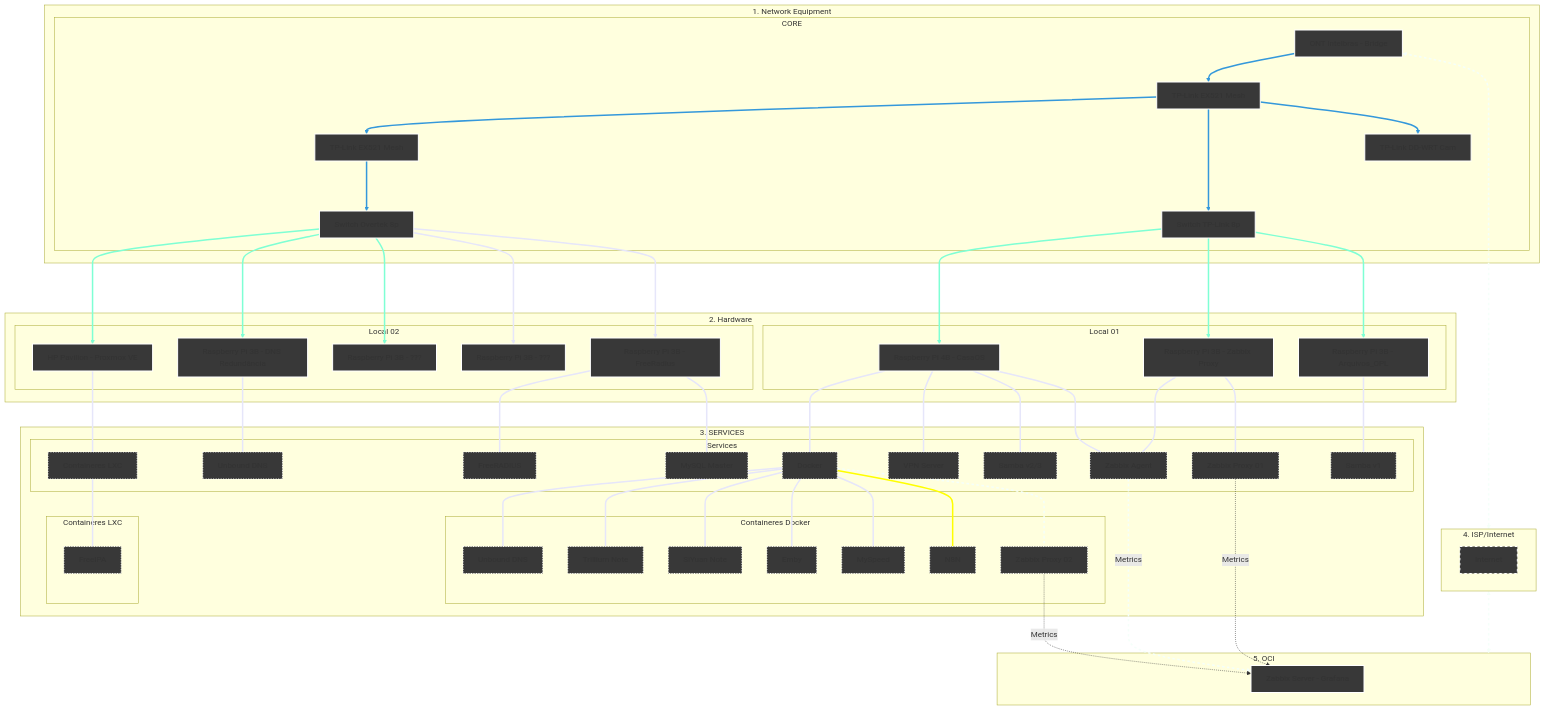
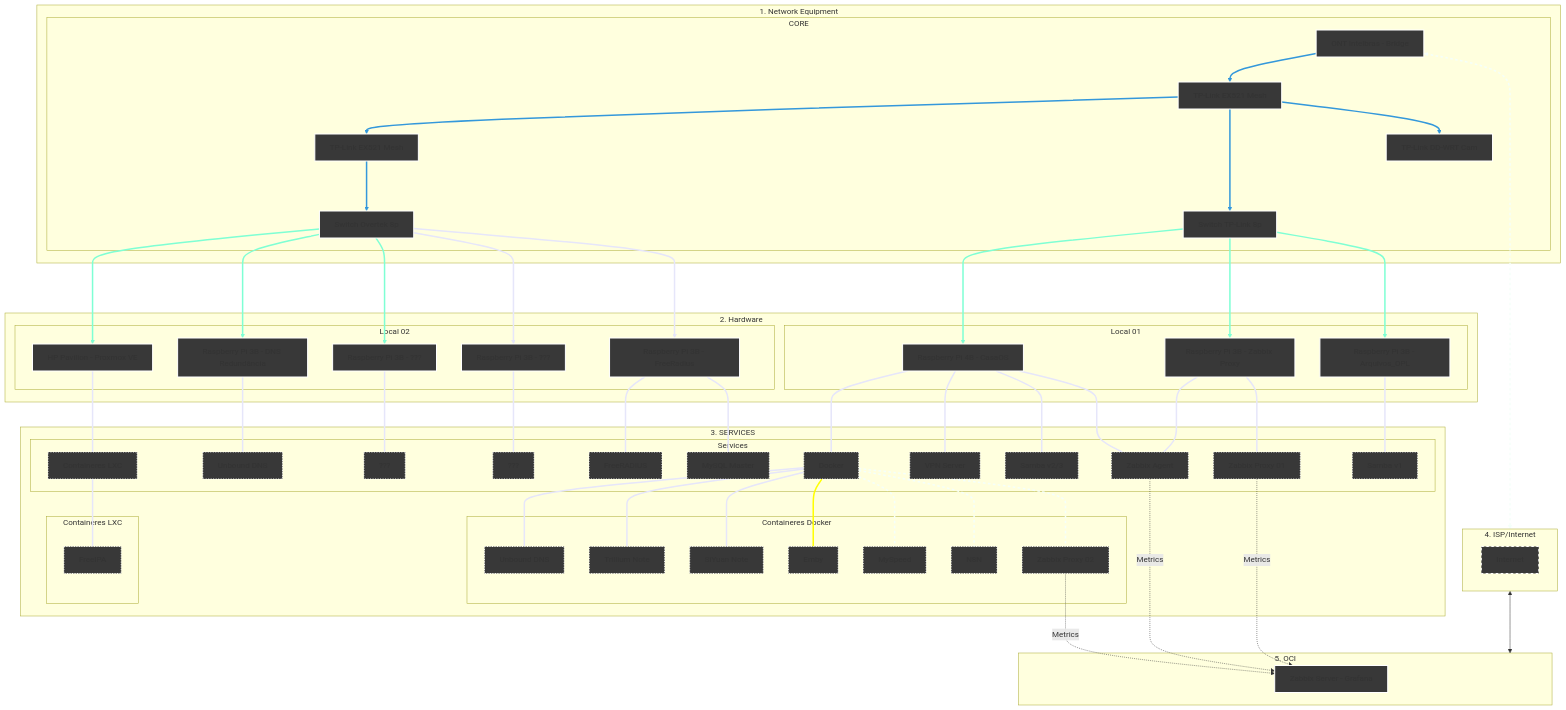
Before and after one commit to kevindexter22/Dr-Hardware-Autonet: the diagram in Infrastructure/README.md, drawn with Mermaid.

Commit message:
Add placeholders for unknown services in README

```diff
--- a/Infrastructure/README.md
+++ b/Infrastructure/README.md
@@ -51,6 +51,8 @@
     subgraph S4 [Services];
         HP --- PVE[Containeres LXC]:::services
         RPi3B_4 --- UNB2[Unbound DNS]:::services
+        RPi3B_5 --- 01[???]:::services
+        RPi3B_6 --- 02[???]:::services
         RPi3B_3 --- FreeRAD[FreeRADIUS]:::services
         RPi3B_3 --- BDMSQL[MySQL Master]:::services
         RPi4B --- Docker[Docker]:::services     
```
